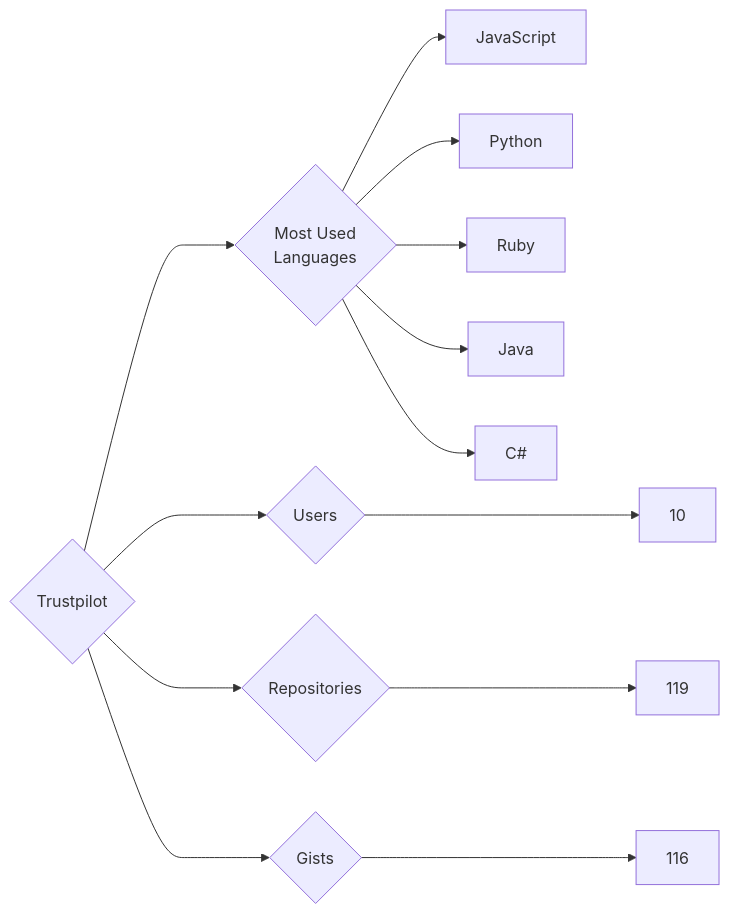
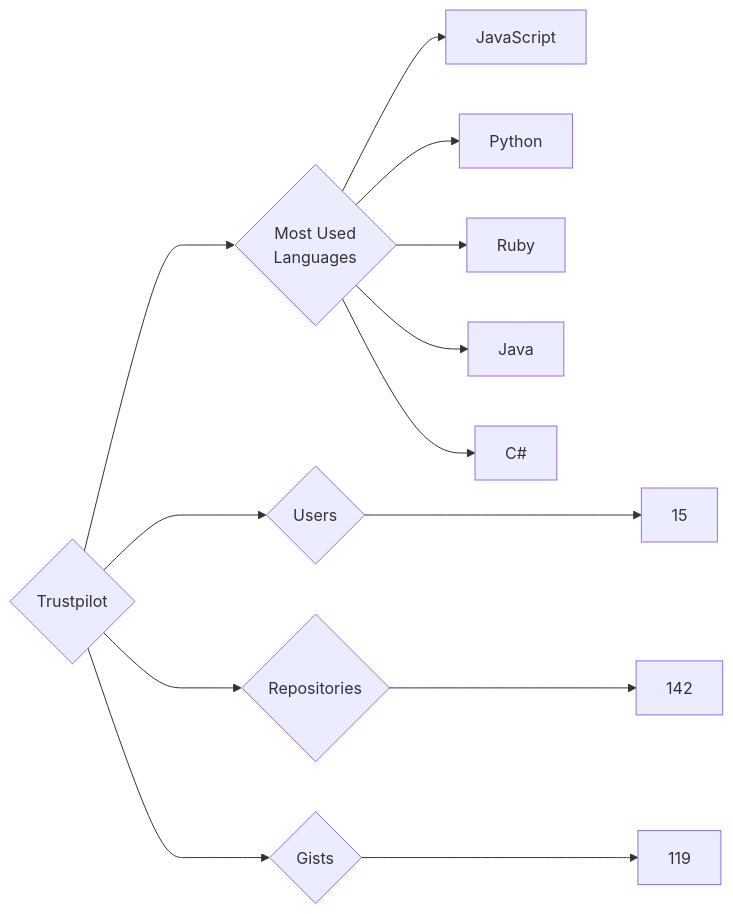
One commit to trickest/insiders changed the diagram in targets/Trustpilot/README.md. Above: the diagram before and after it, drawn with Mermaid. The commit also changed 835 other files, not shown here.

````diff
--- a/targets/Trustpilot/README.md
+++ b/targets/Trustpilot/README.md
@@ -3,13 +3,13 @@
 ```mermaid
 graph LR
 COMPANY_NAME{Trustpilot}
-COMPANY_NAME ---> U{Users} ---> UN[10]
-COMPANY_NAME ---> R{Repositories} ---> RN[119]
-COMPANY_NAME ---> G{Gists} ---> GN[116]
+COMPANY_NAME ---> U{Users} ---> UN[15]
+COMPANY_NAME ---> R{Repositories} ---> RN[142]
+COMPANY_NAME ---> G{Gists} ---> GN[119]
 COMPANY_NAME ---> ML{Most Used<br>Languages}
 ML --> JavaScript[JavaScript]
 ML --> Python[Python]
 ML --> Ruby[Ruby]
 ML --> Java[Java]
 ML --> C#[C#]
 ```
````
